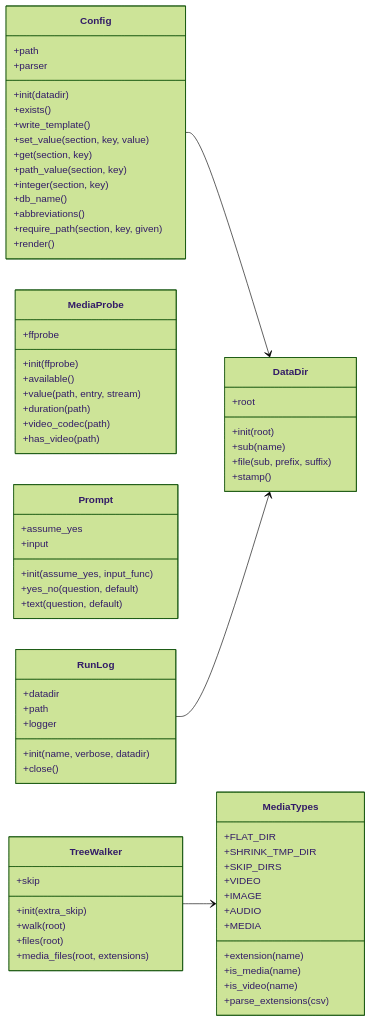
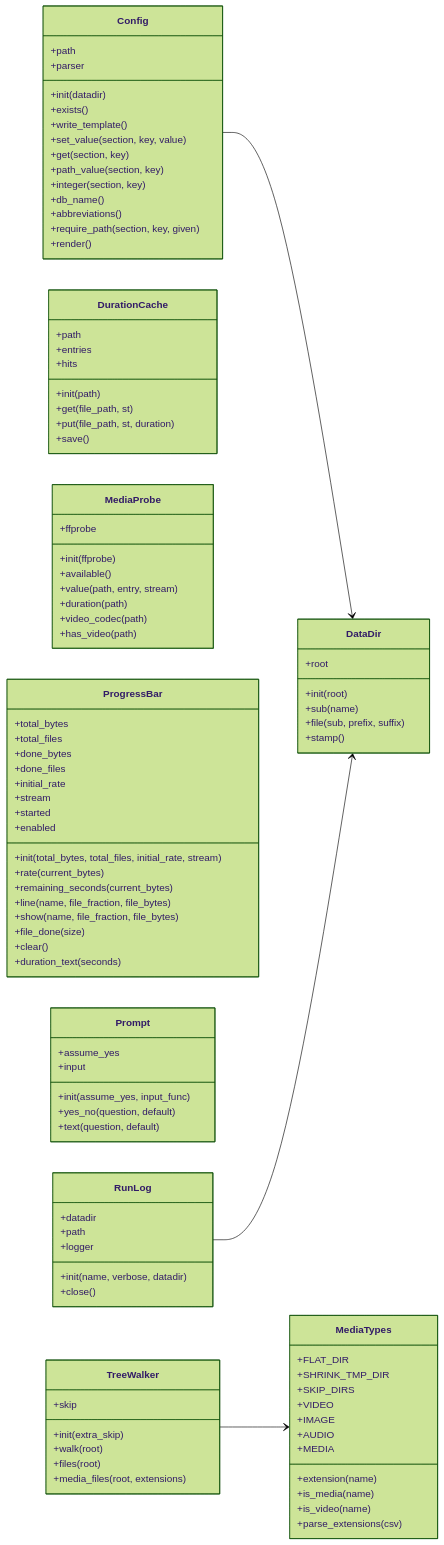
The diagram in docs/img/uml_core.mmd (peddanet/mediatools), drawn with Mermaid (forest theme) before and after one commit. The commit also changed 29 other files, not shown here.

First line of the commit message:
shrink: match databases by file name, plan, order, progress, safe stop

```diff
--- a/docs/img/uml_core.mmd
+++ b/docs/img/uml_core.mmd
@@ -1,70 +1,97 @@
 classDiagram
   direction LR
   class Config {
     +path
     +parser
     +init(datadir)
     +exists()
     +write_template()
     +set_value(section, key, value)
     +get(section, key)
     +path_value(section, key)
     +integer(section, key)
     +db_name()
     +abbreviations()
     +require_path(section, key, given)
     +render()
   }
   class DataDir {
     +root
     +init(root)
     +sub(name)
     +file(sub, prefix, suffix)
     +stamp()
   }
+  class DurationCache {
+    +path
+    +entries
+    +hits
+    +init(path)
+    +get(file_path, st)
+    +put(file_path, st, duration)
+    +save()
+  }
   class MediaTypes {
     +FLAT_DIR
     +SHRINK_TMP_DIR
     +SKIP_DIRS
     +VIDEO
     +IMAGE
     +AUDIO
     +MEDIA
     +extension(name)
     +is_media(name)
     +is_video(name)
     +parse_extensions(csv)
   }
   class MediaProbe {
     +ffprobe
     +init(ffprobe)
     +available()
     +value(path, entry, stream)
     +duration(path)
     +video_codec(path)
     +has_video(path)
+  }
+  class ProgressBar {
+    +total_bytes
+    +total_files
+    +done_bytes
+    +done_files
+    +initial_rate
+    +stream
+    +started
+    +enabled
+    +init(total_bytes, total_files, initial_rate, stream)
+    +rate(current_bytes)
+    +remaining_seconds(current_bytes)
+    +line(name, file_fraction, file_bytes)
+    +show(name, file_fraction, file_bytes)
+    +file_done(size)
+    +clear()
+    +duration_text(seconds)
   }
   class Prompt {
     +assume_yes
     +input
     +init(assume_yes, input_func)
     +yes_no(question, default)
     +text(question, default)
   }
   class RunLog {
     +datadir
     +path
     +logger
     +init(name, verbose, datadir)
     +close()
   }
   class TreeWalker {
     +skip
     +init(extra_skip)
     +walk(root)
     +files(root)
     +media_files(root, extensions)
   }
   Config --> DataDir
   RunLog --> DataDir
   TreeWalker --> MediaTypes
```
